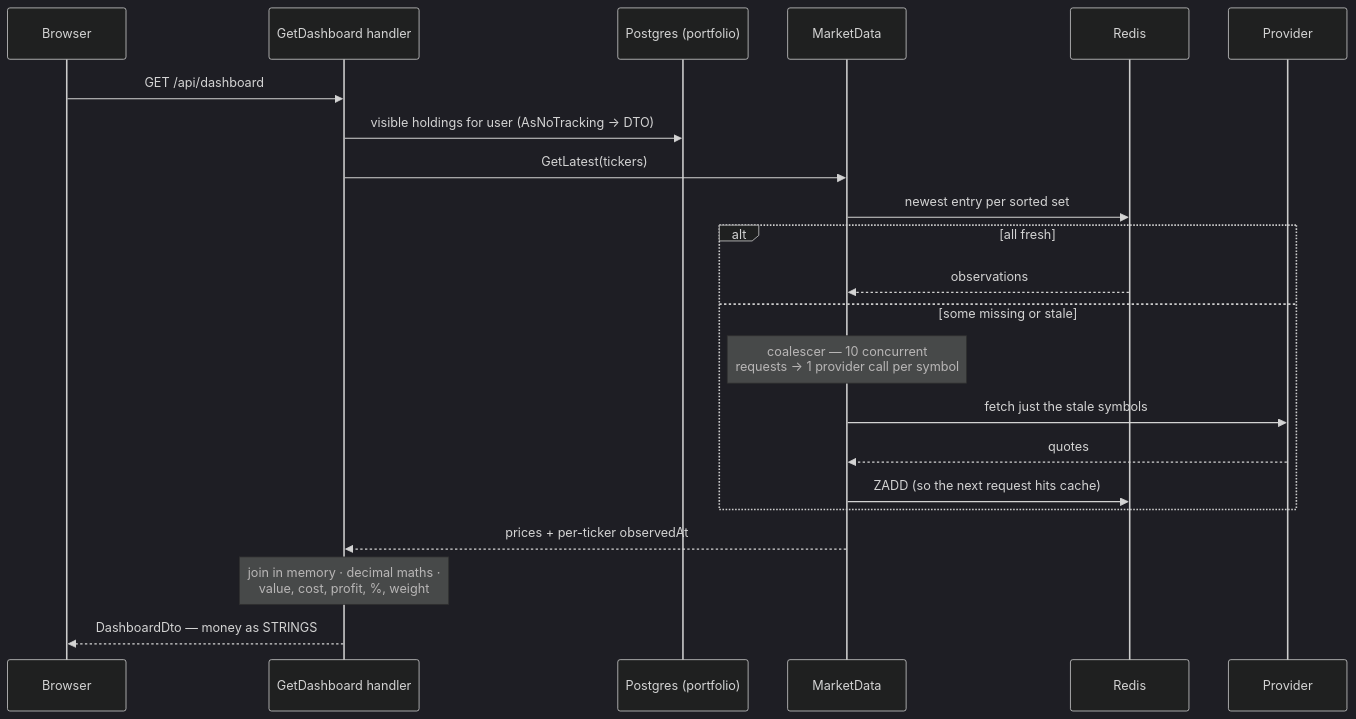
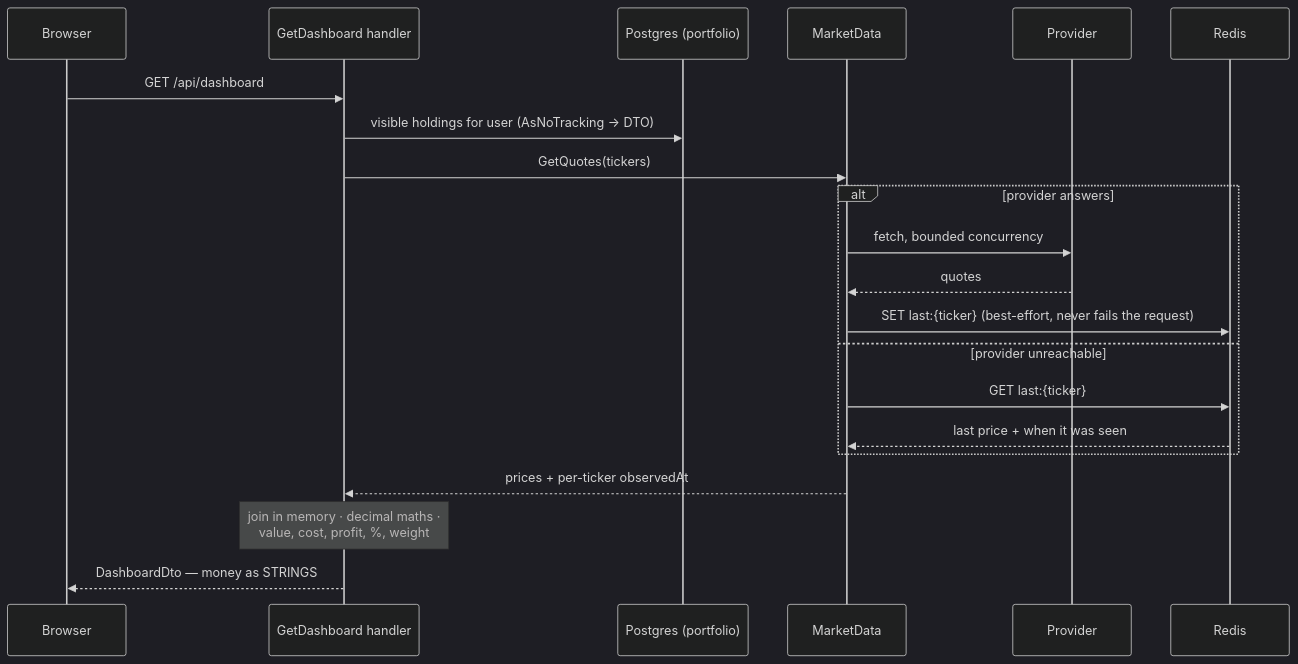
Before and after one commit to Dilicidum/StockPortfolio: the third of 4 diagrams in docs/plan/module-interactions.md, drawn with Mermaid (dark theme). The commit also changed other lines of this file and 97 other files, not shown here.

````diff
--- a/docs/plan/module-interactions.md
+++ b/docs/plan/module-interactions.md
@@ -132,27 +152,26 @@
 ```mermaid
 sequenceDiagram
     participant B as Browser
     participant Q as GetDashboard handler
     participant PG as Postgres (portfolio)
     participant MD as MarketData
+    participant F as Provider
     participant R as Redis
-    participant F as Provider
 
     B->>Q: GET /api/dashboard
     Q->>PG: visible holdings for user (AsNoTracking → DTO)
-    Q->>MD: GetLatest(tickers)
-    MD->>R: newest entry per sorted set
+    Q->>MD: GetQuotes(tickers)
 
-    alt all fresh
-        R-->>MD: observations
-    else some missing or stale
-        Note over MD: coalescer — 10 concurrent<br/>requests → 1 provider call per symbol
-        MD->>F: fetch just the stale symbols
+    alt provider answers
+        MD->>F: fetch, bounded concurrency
         F-->>MD: quotes
-        MD->>R: ZADD (so the next request hits cache)
+        MD->>R: SET last:{ticker}  (best-effort, never fails the request)
+    else provider unreachable
+        MD->>R: GET last:{ticker}
+        R-->>MD: last price + when it was seen
     end
 
     MD-->>Q: prices + per-ticker observedAt
     Note over Q: join in memory · decimal maths ·<br/>value, cost, profit, %, weight
     Q-->>B: DashboardDto — money as STRINGS
 ```
````
